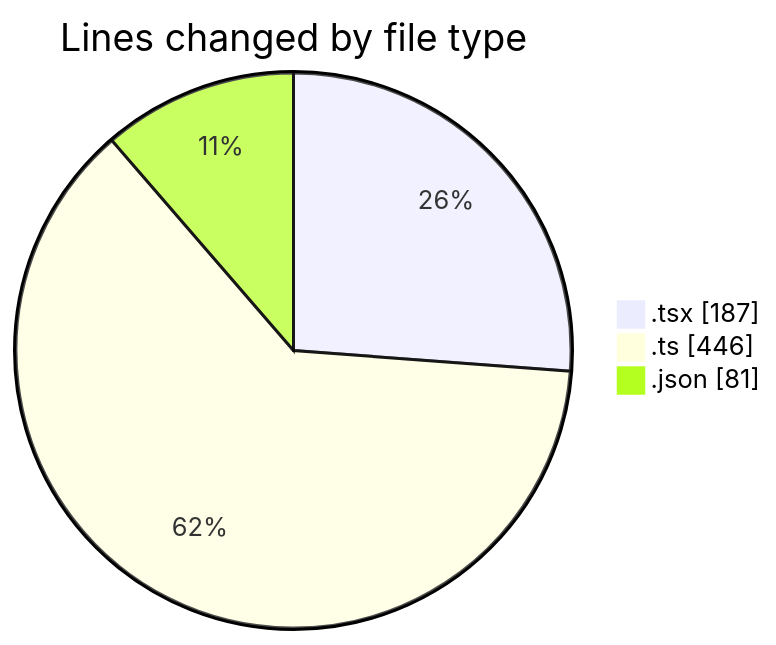
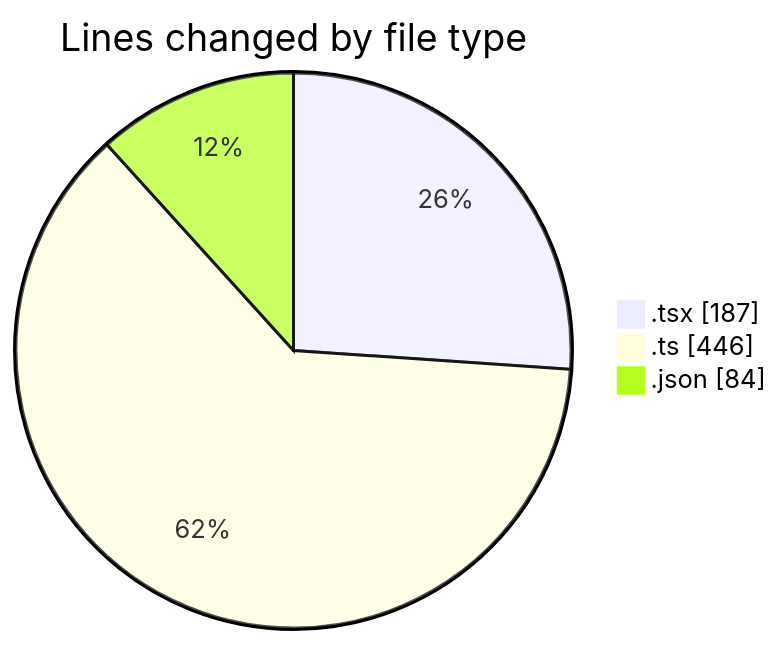
Before and after one commit to momahboobian/code-tracking: the first of 2 diagrams in 2026-03-30/cda/README.md, drawn with Mermaid. The commit also changed other lines of this file and 1 other file, not shown here.

````diff
--- a/2026-03-30/cda/README.md
+++ b/2026-03-30/cda/README.md
@@ -22,7 +22,7 @@
 ```mermaid
 pie showData
 title Lines changed by file type
 ".tsx" : 187
 ".ts" : 446
-".json" : 81
+".json" : 84
 ```
````
